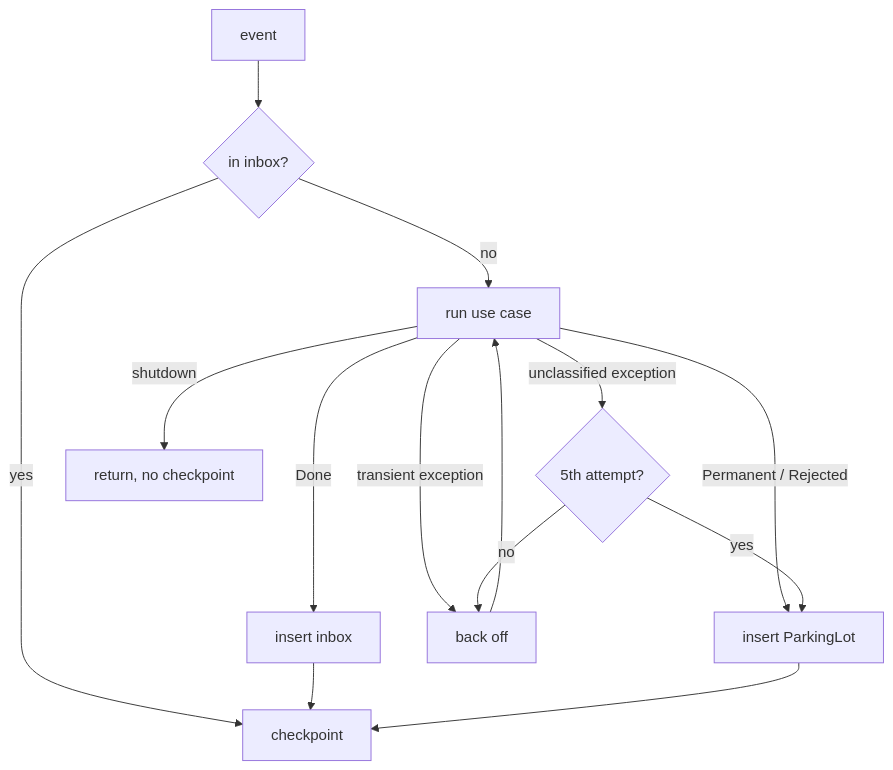
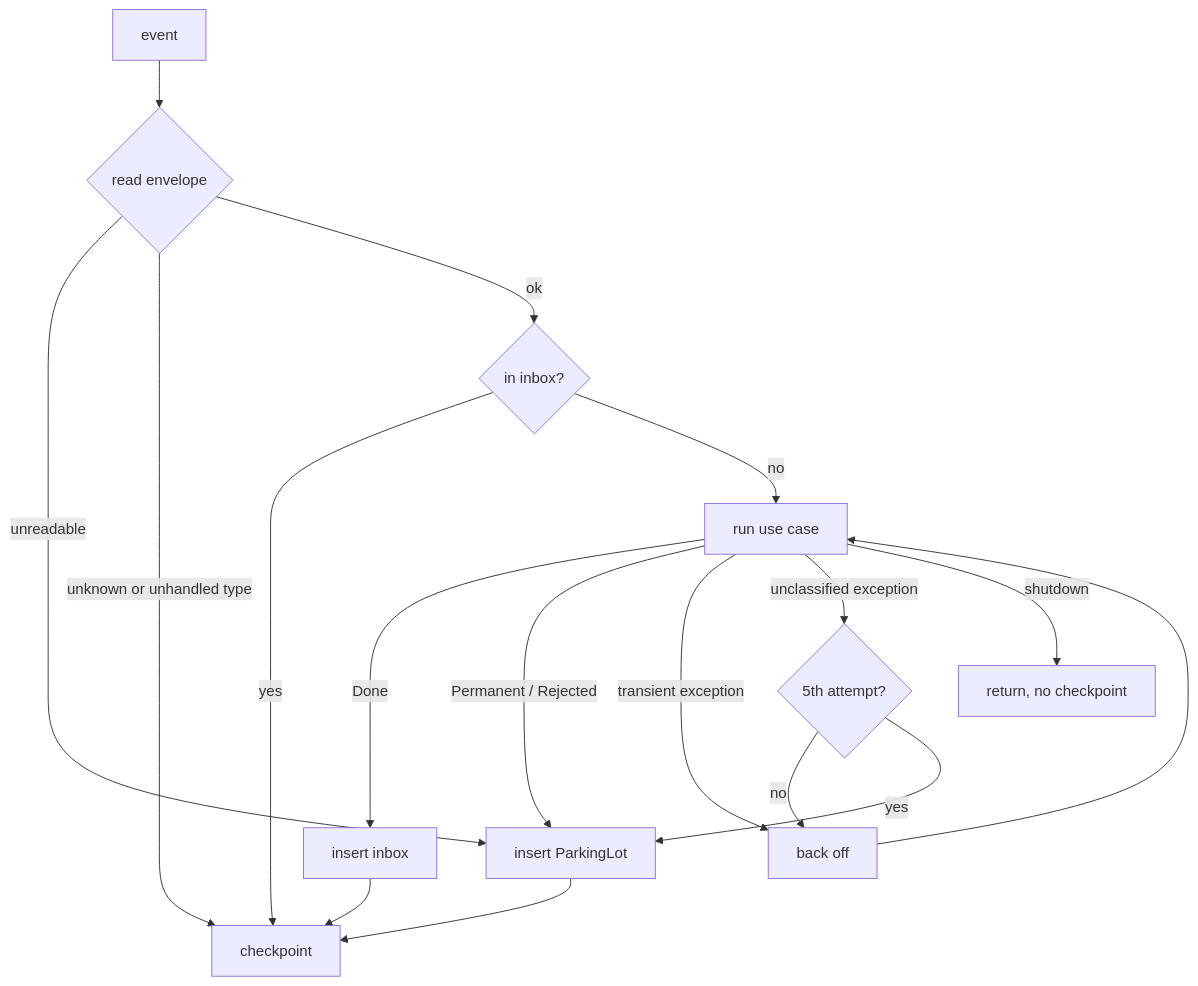
Before and after one commit to wcislom/TalentSync: the third of 3 diagrams in docs/diagrams.md, drawn with Mermaid. The commit also changed 4 other files, not shown here.

Commit message:
chore(docs): Adds 'Unreadable envelope' case to documentation

````diff
--- a/docs/diagrams.md
+++ b/docs/diagrams.md
@@ -71,13 +71,16 @@
 ```mermaid
 flowchart TB
-  ev["event"] --> seen{"in inbox?"}
+  ev["event"] --> rd{"read envelope"}
+  rd -->|unreadable| pk
+  rd -->|unknown or unhandled type| cp
+  rd -->|ok| seen{"in inbox?"}
   seen -->|yes| cp["checkpoint"]
   seen -->|no| uc["run use case"]
   uc -->|Done| ib["insert inbox"] --> cp
   uc -->|Permanent / Rejected| pk["insert ParkingLot"] --> cp
   uc -->|transient exception| bo["back off"] --> uc
   uc -->|unclassified exception| cnt{"5th attempt?"}
   cnt -->|no| bo
   cnt -->|yes| pk
   uc -->|shutdown| stop["return, no checkpoint"]
 ```
````
